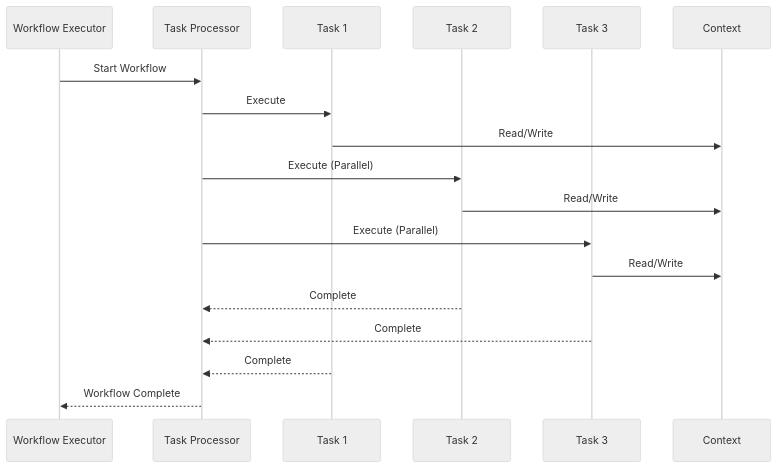
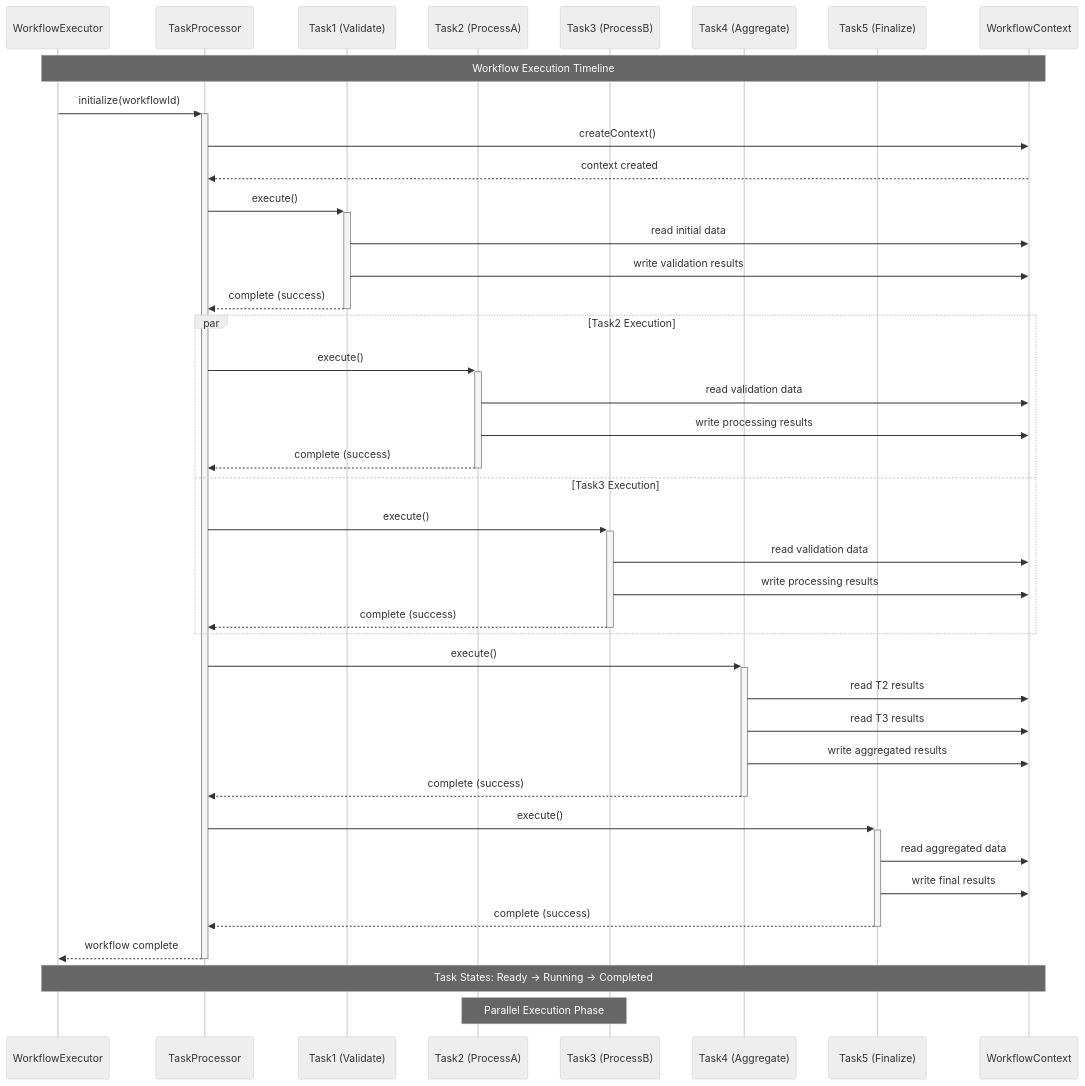
The second of 4 diagrams in README.md (pyenoma/workflow-library), drawn with Mermaid (neutral theme) before and after one commit.

Commit message:
enhance workflow structure

````diff
--- a/README.md
+++ b/README.md
@@ -195,20 +195,56 @@
 ```mermaid
 sequenceDiagram
-   participant WE as Workflow Executor
-   participant TP as Task Processor
-   participant T1 as Task 1
-   participant T2 as Task 2
-   participant T3 as Task 3
-   participant CTX as Context
-   WE ->> TP: Start Workflow
-   TP ->> T1: Execute
-   T1 ->> CTX: Read/Write
-   TP ->> T2: Execute (Parallel)
-   T2 ->> CTX: Read/Write
-   TP ->> T3: Execute (Parallel)
-   T3 ->> CTX: Read/Write
-   T2 -->> TP: Complete
-   T3 -->> TP: Complete
-   T1 -->> TP: Complete
-   TP -->> WE: Workflow Complete
+   participant WE as WorkflowExecutor
+   participant TP as TaskProcessor
+   participant T1 as Task1 (Validate)
+   participant T2 as Task2 (ProcessA)
+   participant T3 as Task3 (ProcessB)
+   participant T4 as Task4 (Aggregate)
+   participant T5 as Task5 (Finalize)
+   participant CTX as WorkflowContext
+
+   Note over WE,CTX: Workflow Execution Timeline
+
+%% Initialization
+   WE->>+TP: initialize(workflowId)
+   TP->>CTX: createContext()
+   CTX-->>TP: context created
+
+%% Task 1 Execution
+   TP->>+T1: execute()
+   T1->>CTX: read initial data
+   T1->>CTX: write validation results
+   T1-->>-TP: complete (success)
+
+%% Parallel Execution of Task 2 & 3
+   par Task2 Execution
+      TP->>+T2: execute()
+      T2->>CTX: read validation data
+      T2->>CTX: write processing results
+      T2-->>-TP: complete (success)
+   and Task3 Execution
+      TP->>+T3: execute()
+      T3->>CTX: read validation data
+      T3->>CTX: write processing results
+      T3-->>-TP: complete (success)
+   end
+
+%% Task 4 Execution (waits for both T2 & T3)
+   TP->>+T4: execute()
+   T4->>CTX: read T2 results
+   T4->>CTX: read T3 results
+   T4->>CTX: write aggregated results
+   T4-->>-TP: complete (success)
+
+%% Task 5 Execution
+   TP->>+T5: execute()
+   T5->>CTX: read aggregated data
+   T5->>CTX: write final results
+   T5-->>-TP: complete (success)
+
+%% Workflow Completion
+   TP-->>-WE: workflow complete
+
+   Note over WE,CTX: Task States: Ready → Running → Completed
+   Note over T2,T3: Parallel Execution Phase
 ```
````
